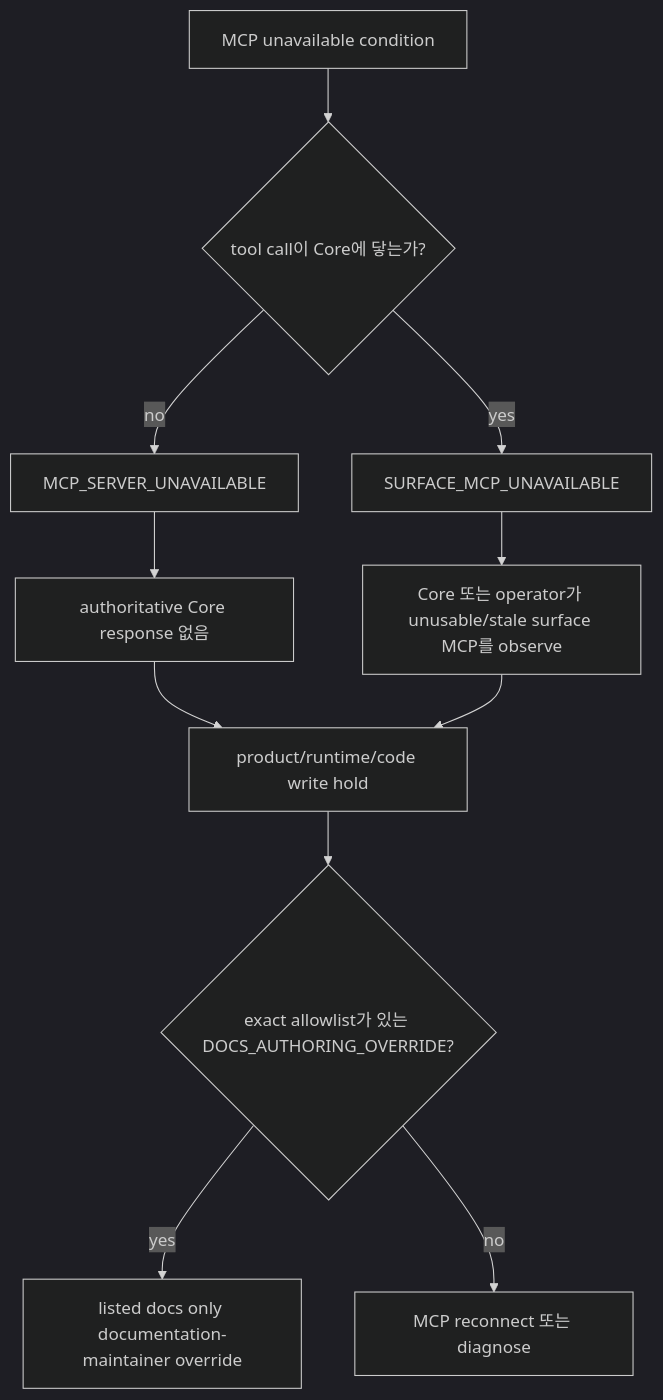
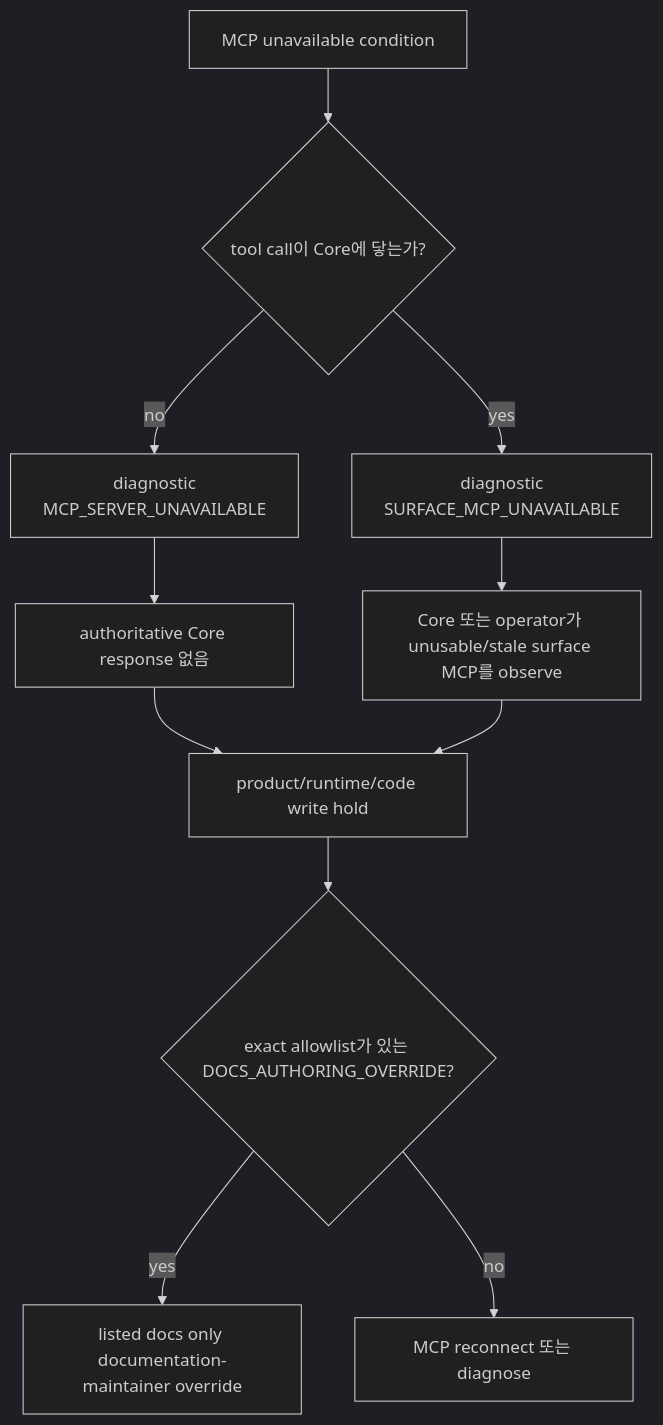
Before and after one commit to minjungw00/Harness_Project: the tenth of 11 diagrams in docs/ko/09-agent-integration.md, drawn with Mermaid (dark theme). The commit also changed other lines of this file and 3 other files, not shown here.

Commit message:
docs: verify Mermaid diagrams and bilingual parity

````diff
--- a/docs/ko/09-agent-integration.md
+++ b/docs/ko/09-agent-integration.md
@@ -397,13 +397,13 @@
 ```mermaid
 flowchart TD
   Problem["MCP unavailable condition"] --> ReachCore{"tool call이 Core에 닿는가?"}
-  ReachCore -- no --> Server["MCP_SERVER_UNAVAILABLE"]
-  ReachCore -- yes --> Surface["SURFACE_MCP_UNAVAILABLE"]
+  ReachCore -- no --> Server["diagnostic<br/>MCP_SERVER_UNAVAILABLE"]
+  ReachCore -- yes --> Surface["diagnostic<br/>SURFACE_MCP_UNAVAILABLE"]
   Server --> NoState["authoritative Core response 없음"]
   Surface --> Diagnosed["Core 또는 operator가 unusable/stale surface MCP를 observe"]
   NoState --> Hold["product/runtime/code write hold"]
   Diagnosed --> Hold
   Hold --> DocsOverride{"exact allowlist가 있는 DOCS_AUTHORING_OVERRIDE?"}
   DocsOverride -- yes --> DocsOnly["listed docs only documentation-maintainer override"]
   DocsOverride -- no --> Reconnect["MCP reconnect 또는 diagnose"]
 ```
````
